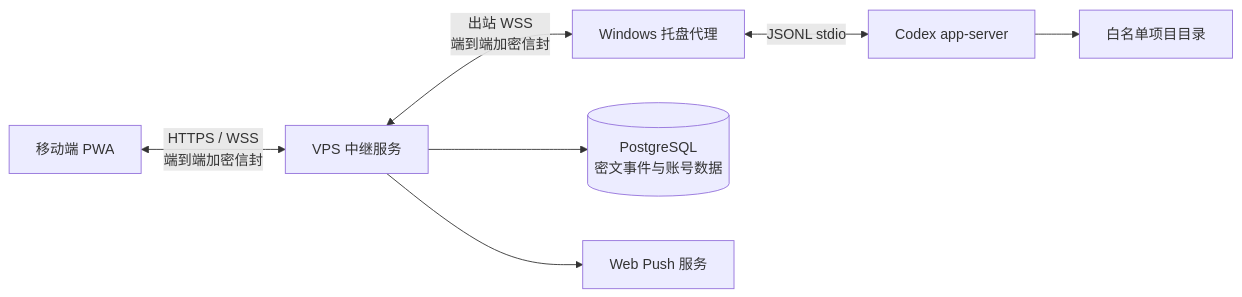
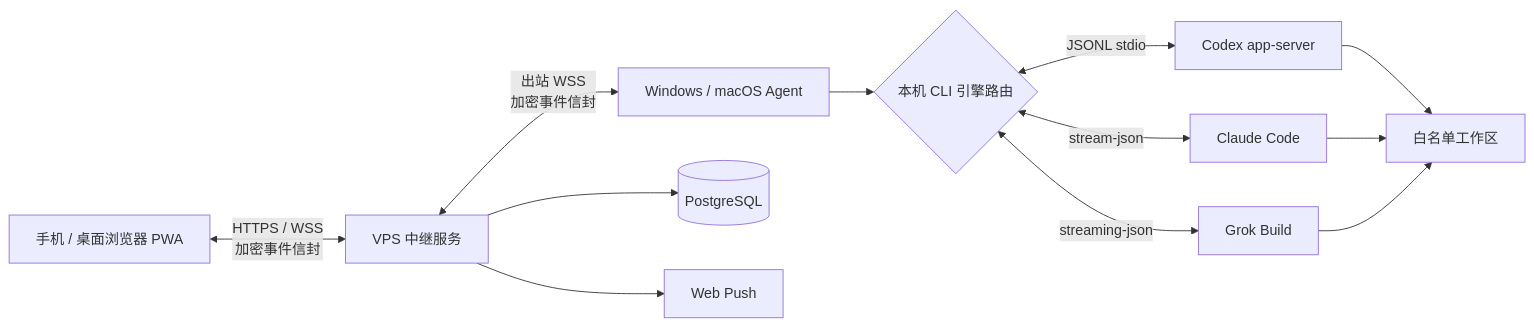
The diagram in docs/PRODUCT.md (demonrain/anytimevibe), drawn with Mermaid before and after one commit. The commit also changed other lines of this file and 18 other files, not shown here.

````diff
--- a/docs/PRODUCT.md
+++ b/docs/PRODUCT.md
@@ -82,9 +73,14 @@
 ```mermaid
 flowchart LR
-    PWA[移动端 PWA] <-->|HTTPS / WSS\n端到端加密信封| Relay[VPS 中继服务]
-    Relay <-->|出站 WSS\n端到端加密信封| Agent[Windows 托盘代理]
-    Agent <-->|JSONL stdio| Codex[Codex app-server]
-    Codex --> Repo[白名单项目目录]
-    Relay --> DB[(PostgreSQL\n密文事件与账号数据)]
-    Relay --> Push[Web Push 服务]
+    PWA[手机 / 桌面浏览器 PWA] <-->|HTTPS / WSS\n加密事件信封| Relay[VPS 中继服务]
+    Relay <-->|出站 WSS\n加密事件信封| Agent[Windows / macOS Agent]
+    Agent --> Router{本机 CLI 引擎路由}
+    Router <-->|JSONL stdio| Codex[Codex app-server]
+    Router <-->|stream-json| Claude[Claude Code]
+    Router <-->|streaming-json| Grok[Grok Build]
+    Codex --> Workspace[白名单工作区]
+    Claude --> Workspace
+    Grok --> Workspace
+    Relay --> DB[(PostgreSQL)]
+    Relay --> Push[Web Push]
 ```
````
